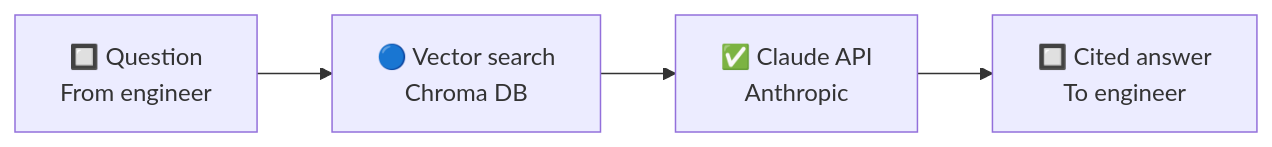
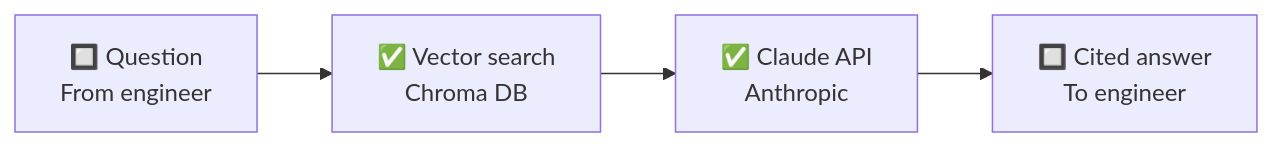
Before and after one commit to DaveBarberSHV/vessel-maintenance-platform: the second of 2 diagrams in docs/architecture.md, drawn with Mermaid. The commit also changed other lines of this file and 1 other file, not shown here.

Commit message:
Voyage embeddings verified via side-by-side test; update architecture diagram and backlog to reflect resolution

````diff
--- a/docs/architecture.md
+++ b/docs/architecture.md
@@ -35,6 +39,6 @@
 ```mermaid
 flowchart LR
-    A["🔲 Question<br/>From engineer"] --> B["🔵 Vector search<br/>Chroma DB"]
+    A["🔲 Question<br/>From engineer"] --> B["✅ Vector search<br/>Chroma DB"]
     B --> C["✅ Claude API<br/>Anthropic"]
     C --> D["🔲 Cited answer<br/>To engineer"]
 ```
````
